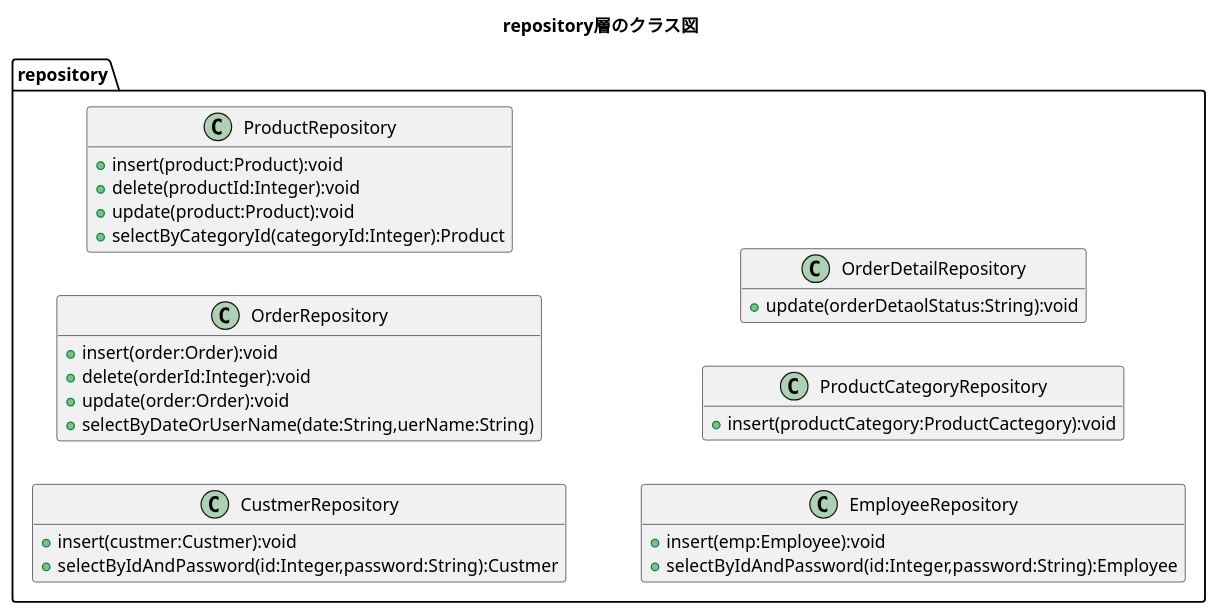
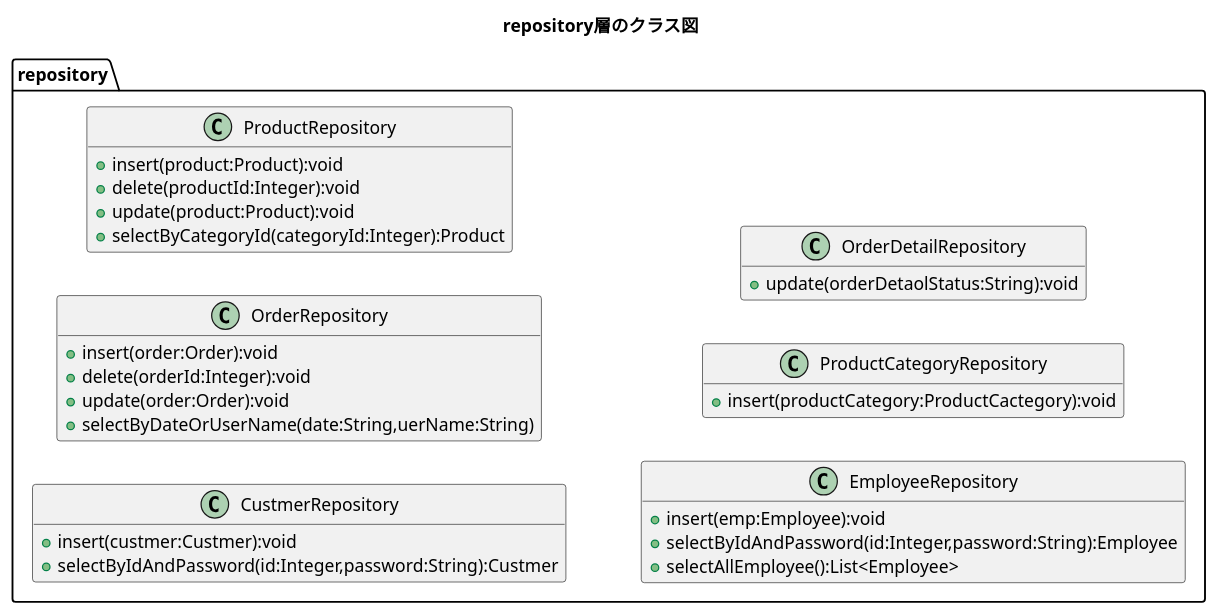
One commit to kanavii3333/ec-b changed the diagram in plan/uml/class/repository.plantuml. Above: the diagram before and after it, drawn with PlantUML. The commit also changed 2 other files, not shown here.

```diff
--- a/plan/uml/class/repository.plantuml
+++ b/plan/uml/class/repository.plantuml
@@ -1,39 +1,40 @@
 @startuml
 title repository層のクラス図
 hide empty members
 left to right direction
 
 package repository{
     class CustmerRepository{
         +insert(custmer:Custmer):void
         +selectByIdAndPassword(id:Integer,password:String):Custmer
     }
 
     class OrderRepository{
         +insert(order:Order):void
         +delete(orderId:Integer):void
         +update(order:Order):void
         +selectByDateOrUserName(date:String,uerName:String)
     }
 
     class ProductRepository{
         +insert(product:Product):void
         +delete(productId:Integer):void
         +update(product:Product):void
         +selectByCategoryId(categoryId:Integer):Product
     }
 
     class EmployeeRepository{
         +insert(emp:Employee):void
         +selectByIdAndPassword(id:Integer,password:String):Employee
+        +selectAllEmployee():List<Employee>
     }
 
     class ProductCategoryRepository{
         +insert(productCategory:ProductCactegory):void
     }
 
     class OrderDetailRepository{
         +update(orderDetaolStatus:String):void
     }
 }
 @enduml
```
